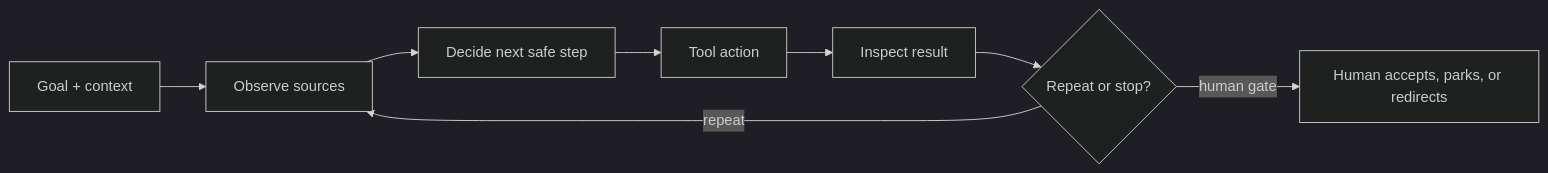
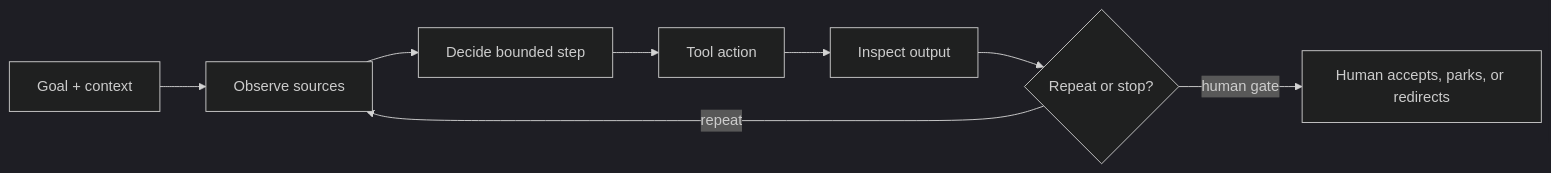
One commit to RyanLisse/aetherlink-training-template changed the diagram in crews/crew-2/day-2.md. Above: the diagram before and after it, drawn with Mermaid (dark theme). The commit also changed other lines of this file and 7 other files, not shown here.

````diff
--- a/crews/crew-2/day-2.md
+++ b/crews/crew-2/day-2.md
@@ -65,10 +30,10 @@
 ```mermaid
 flowchart LR
   A[Goal + context] --> B[Observe sources]
-  B --> C[Decide next safe step]
+  B --> C[Decide bounded step]
   C --> D[Tool action]
-  D --> E[Inspect result]
+  D --> E[Inspect output]
   E --> F{Repeat or stop?}
   F -->|repeat| B
   F -->|human gate| G[Human accepts, parks, or redirects]
 ```
````
